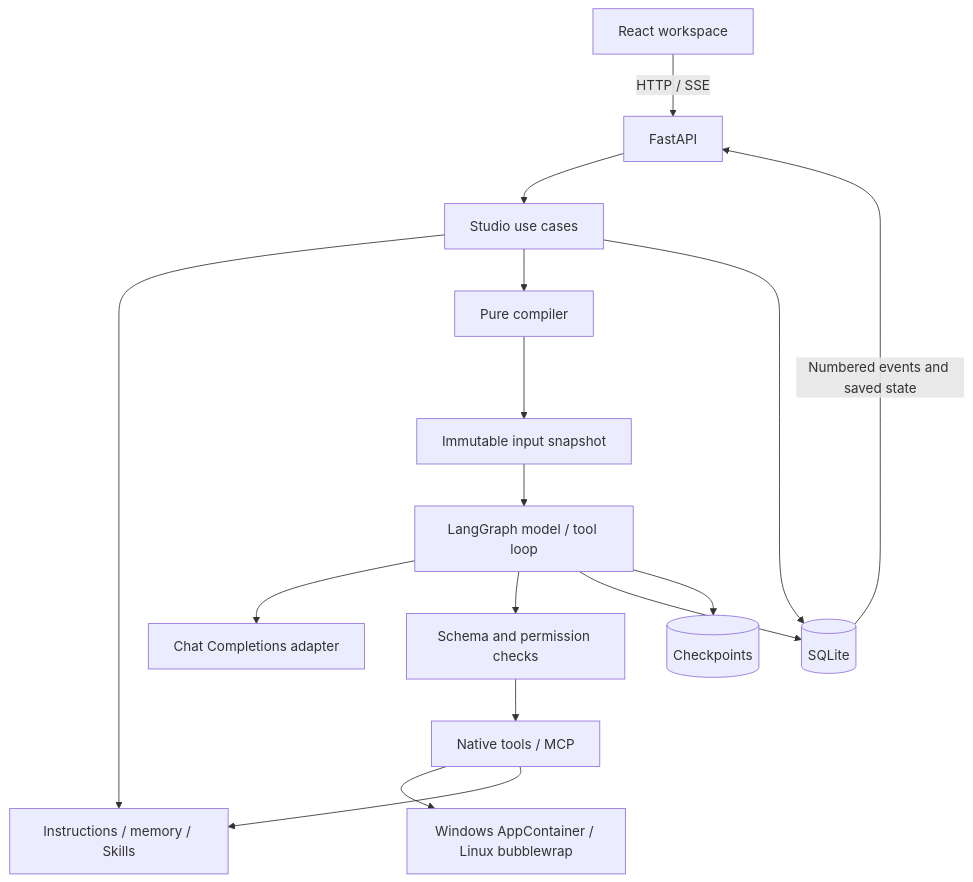
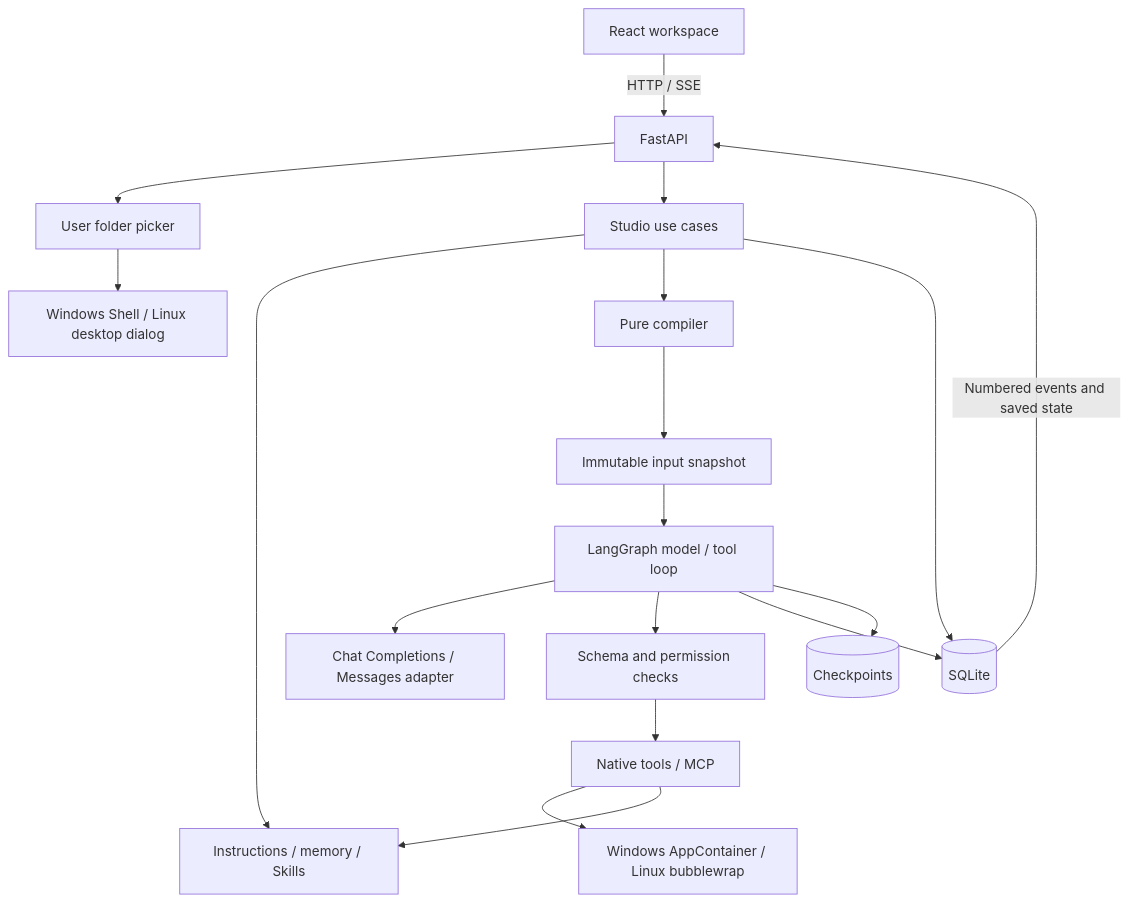
One commit to shiraha721/glassbox changed the first of 3 diagrams in docs/architecture.md. Above: the diagram before and after it, drawn with Mermaid. The commit also changed other lines of this file and 39 other files, not shown here.

````diff
--- a/docs/architecture.md
+++ b/docs/architecture.md
@@ -134,18 +140,20 @@
 ```mermaid
 flowchart TD
     UI[React workspace] -->|HTTP / SSE| API[FastAPI]
+    API --> DESKTOP[User folder picker]
+    DESKTOP --> DIALOG[Windows Shell / Linux desktop dialog]
     API --> APP[Studio use cases]
     APP --> FILES[Instructions / memory / Skills]
     APP --> COMP[Pure compiler]
     COMP --> SNAP[Immutable input snapshot]
     SNAP --> RUN[LangGraph model / tool loop]
-    RUN --> MODEL[Chat Completions adapter]
+    RUN --> MODEL[Chat Completions / Messages adapter]
     RUN --> POLICY[Schema and permission checks]
     POLICY --> TOOLS[Native tools / MCP]
     TOOLS --> SHELL[Windows AppContainer / Linux bubblewrap]
     TOOLS --> FILES
     APP --> DB[(SQLite)]
     RUN --> DB
     RUN --> CP[(Checkpoints)]
     DB -->|Numbered events and saved state| API
 ```
````
